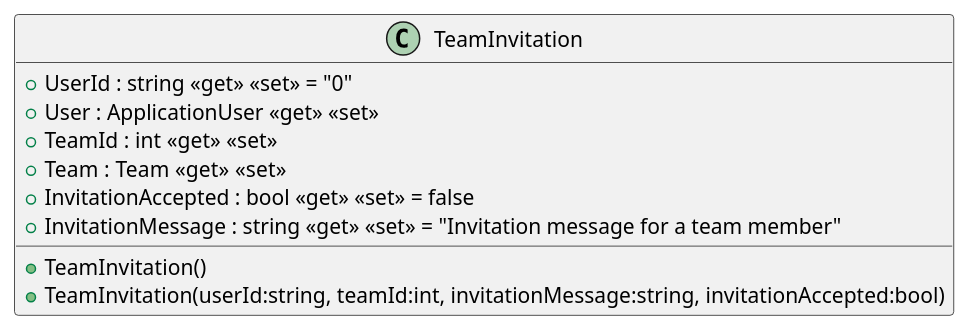
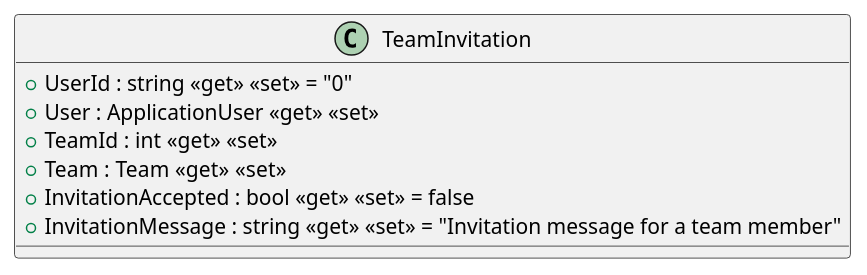
Before and after one commit to SEII2627LosBalicki/ISII2627LosBalicki: the diagram in src/AppForSEII.API/ClassDiagram/TeamInvitation.puml, drawn with PlantUML. The commit also changed 1 other file, not shown here.

Commit message:
remove unwanted attributes from team.puml and teaminvitation.puml

```diff
--- a/src/AppForSEII.API/ClassDiagram/TeamInvitation.puml
+++ b/src/AppForSEII.API/ClassDiagram/TeamInvitation.puml
@@ -1,12 +1,10 @@
 @startuml
 class TeamInvitation {
     + UserId : string <<get>> <<set>> = "0"
     + User : ApplicationUser <<get>> <<set>>
     + TeamId : int <<get>> <<set>>
     + Team : Team <<get>> <<set>>
     + InvitationAccepted : bool <<get>> <<set>> = false
     + InvitationMessage : string <<get>> <<set>> = "Invitation message for a team member"
-    + TeamInvitation()
-    + TeamInvitation(userId:string, teamId:int, invitationMessage:string, invitationAccepted:bool)
 }
 @enduml
```
